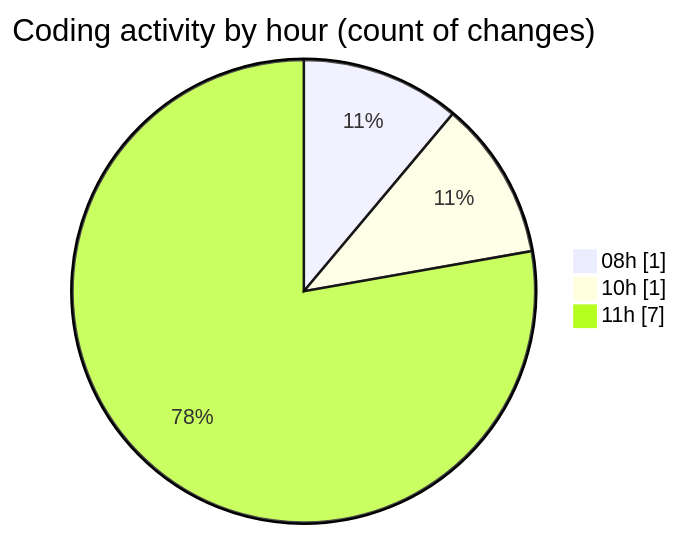
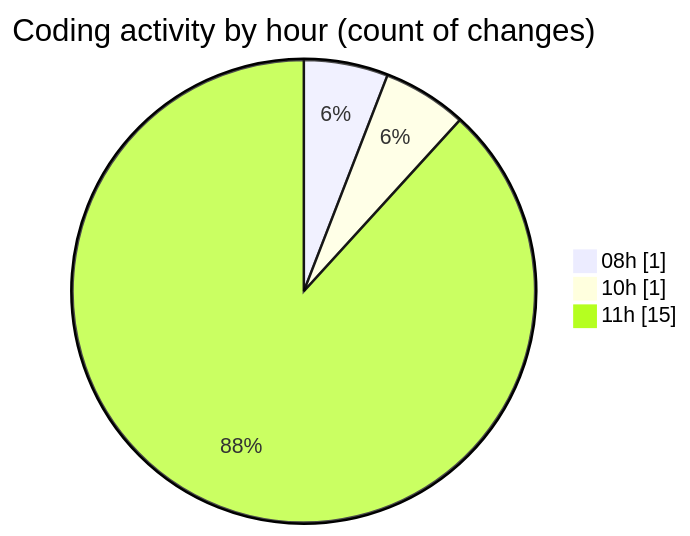
Before and after one commit to ricardozamudiocil/code-tracking: the second of 2 diagrams in 2026-04-07/cilapp/README.md, drawn with Mermaid. The commit also changed other lines of this file and 1 other file, not shown here.

````diff
--- a/2026-04-07/cilapp/README.md
+++ b/2026-04-07/cilapp/README.md
@@ -32,7 +32,7 @@
 ```mermaid
 pie showData
 title Coding activity by hour (count of changes)
 "08h" : 1
 "10h" : 1
-"11h" : 7
+"11h" : 15
 ```
````
